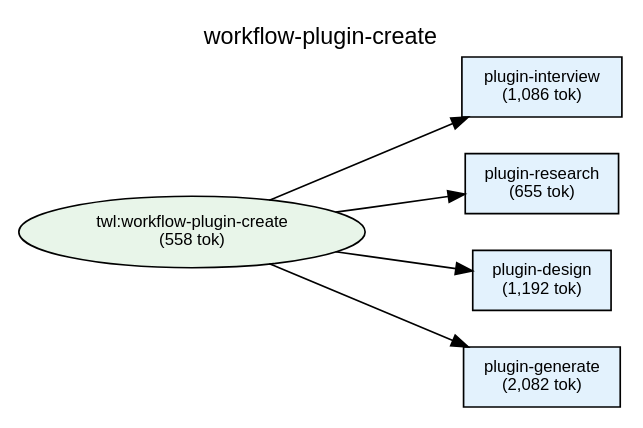
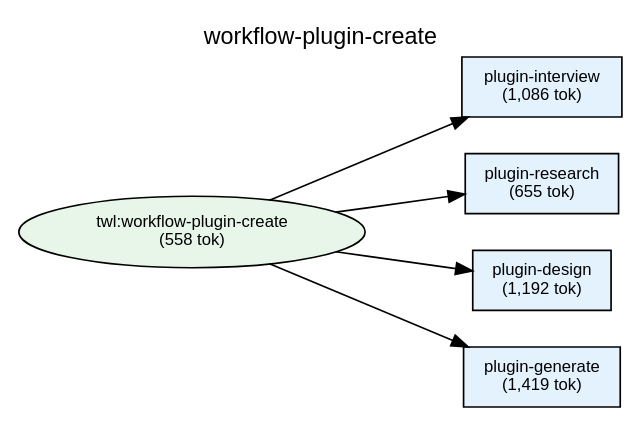
Before and after one commit to shuu5/twill: the diagram in plugins/twl/docs/deps-workflow-plugin-create.dot, drawn with Graphviz. The commit also changed 29 other files, not shown here.

```diff
--- a/plugins/twl/docs/deps-workflow-plugin-create.dot
+++ b/plugins/twl/docs/deps-workflow-plugin-create.dot
@@ -1,51 +1,51 @@
 digraph Dependencies {
     // Graph settings
     rankdir=LR;
     ranksep=0.8;
     nodesep=0.3;
     fontname="Helvetica";
     node [fontname="Helvetica", fontsize=10];
     edge [fontname="Helvetica", fontsize=9];
     label="workflow-plugin-create";
     labelloc=t;
     fontsize=14;
 
     // L0: Controller Skills
 
     // L0: Launchers
 
     // L0.5: Workflow Skills
     skill_workflow_plugin_create [label="twl:workflow-plugin-create\n(558 tok)", shape=ellipse, style=filled, fillcolor="#e8f5e9"];
 
     // Reference Skills
 
     // L1: Direct Commands
     cmd_plugin_interview [label="plugin-interview\n(1,086 tok)", shape=box, style=filled, fillcolor="#e3f2fd"];
     cmd_plugin_research [label="plugin-research\n(655 tok)", shape=box, style=filled, fillcolor="#e3f2fd"];
     cmd_plugin_design [label="plugin-design\n(1,192 tok)", shape=box, style=filled, fillcolor="#e3f2fd"];
-    cmd_plugin_generate [label="plugin-generate\n(2,082 tok)", shape=box, style=filled, fillcolor="#e3f2fd"];
+    cmd_plugin_generate [label="plugin-generate\n(1,419 tok)", shape=box, style=filled, fillcolor="#e3f2fd"];
 
     // L2: Sub Commands
 
     // L3: Agents
 
     // L3.5: Scripts
 
     // L4: External
 
     // Layer constraints
     { rank=same; skill_workflow_plugin_create; }
     { rank=same; cmd_plugin_interview; cmd_plugin_research; cmd_plugin_design; cmd_plugin_generate; }
 
     // Edges
     skill_workflow_plugin_create -> cmd_plugin_interview;
     skill_workflow_plugin_create -> cmd_plugin_research;
     skill_workflow_plugin_create -> cmd_plugin_design;
     skill_workflow_plugin_create -> cmd_plugin_generate;
 
     // Ordering constraints (invisible edges)
     cmd_plugin_interview -> cmd_plugin_research [style=invis, weight=10];
     cmd_plugin_research -> cmd_plugin_design [style=invis, weight=10];
     cmd_plugin_design -> cmd_plugin_generate [style=invis, weight=10];
 
 }
```
